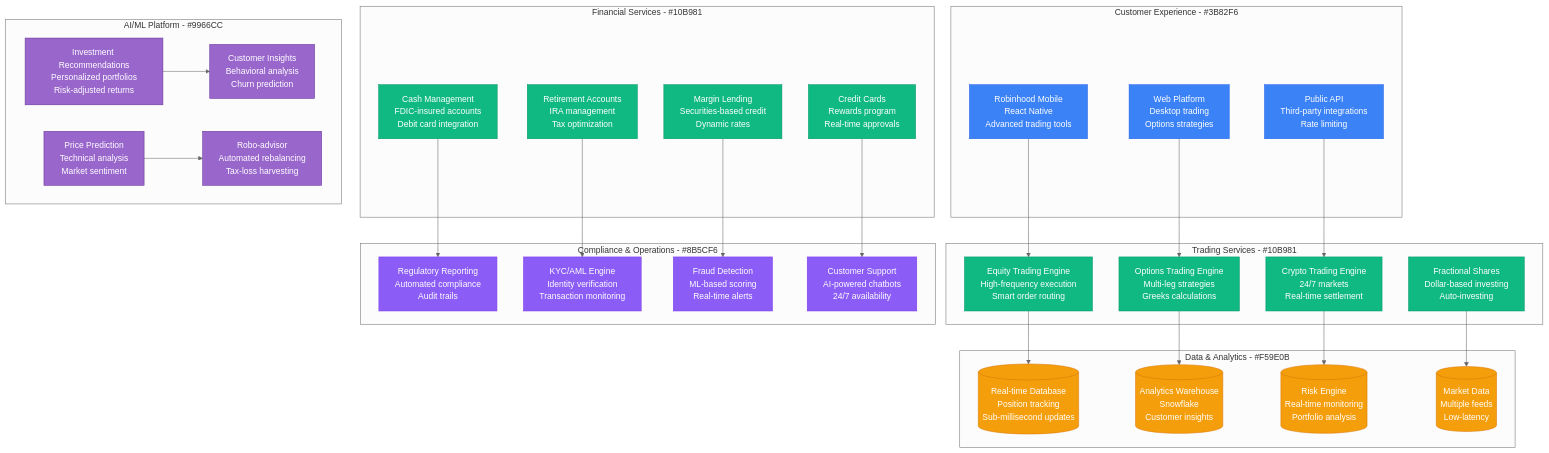
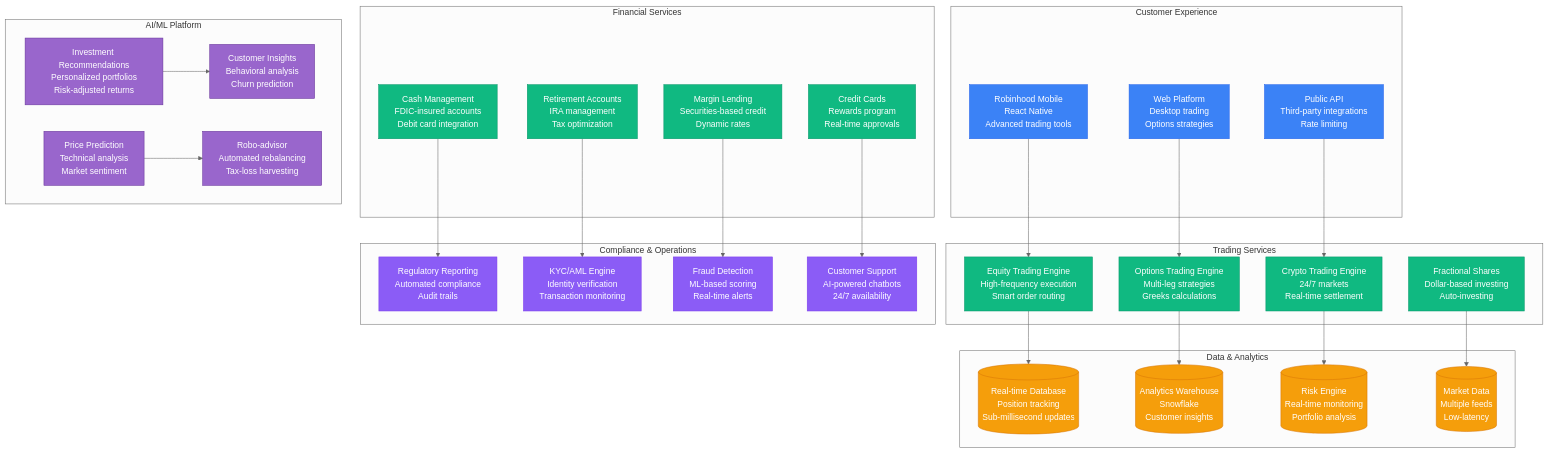
Before and after one commit to deepaucksharma/DS: the fourth of 4 diagrams in site/docs/scaling/robinhood-scale-evolution.md, drawn with Mermaid (neutral theme). The commit also changed other lines of this file and 169 other files, not shown here.

````diff
--- a/site/docs/scaling/robinhood-scale-evolution.md
+++ b/site/docs/scaling/robinhood-scale-evolution.md
@@ -197,72 +197,72 @@
 ```mermaid
 graph TB
-    subgraph CustomerFacing[Customer Experience - #3B82F6]
+    subgraph CustomerFacing["Customer Experience"]
         MOBILE_V2[Robinhood Mobile<br/>React Native<br/>Advanced trading tools]
         WEB_PLATFORM[Web Platform<br/>Desktop trading<br/>Options strategies]
         API_GATEWAY[Public API<br/>Third-party integrations<br/>Rate limiting]
     end
 
-    subgraph TradingServices[Trading Services - #10B981]
+    subgraph TradingServices["Trading Services"]
         EQUITY_ENGINE[Equity Trading Engine<br/>High-frequency execution<br/>Smart order routing]
         OPTIONS_ENGINE[Options Trading Engine<br/>Multi-leg strategies<br/>Greeks calculations]
         CRYPTO_ENGINE[Crypto Trading Engine<br/>24/7 markets<br/>Real-time settlement]
         FRACTIONAL_ENGINE[Fractional Shares<br/>Dollar-based investing<br/>Auto-investing]
     end
 
-    subgraph FinancialServices[Financial Services - #10B981]
+    subgraph FinancialServices["Financial Services"]
         CASH_MGMT[Cash Management<br/>FDIC-insured accounts<br/>Debit card integration]
         RETIREMENT[Retirement Accounts<br/>IRA management<br/>Tax optimization]
         LENDING[Margin Lending<br/>Securities-based credit<br/>Dynamic rates]
         CREDIT_CARDS[Credit Cards<br/>Rewards program<br/>Real-time approvals]
     end
 
-    subgraph DataInfrastructure[Data & Analytics - #F59E0B]
+    subgraph DataInfrastructure["Data & Analytics"]
         REAL_TIME_DB[(Real-time Database<br/>Position tracking<br/>Sub-millisecond updates)]
         ANALYTICS_WAREHOUSE[(Analytics Warehouse<br/>Snowflake<br/>Customer insights)]
         RISK_ENGINE[(Risk Engine<br/>Real-time monitoring<br/>Portfolio analysis)]
         MARKET_DATA[(Market Data<br/>Multiple feeds<br/>Low-latency)]
     end
 
-    subgraph ComplianceOps[Compliance & Operations - #8B5CF6]
+    subgraph ComplianceOps["Compliance & Operations"]
         REGULATORY[Regulatory Reporting<br/>Automated compliance<br/>Audit trails]
         KYC_AML[KYC/AML Engine<br/>Identity verification<br/>Transaction monitoring]
         FRAUD_DETECTION[Fraud Detection<br/>ML-based scoring<br/>Real-time alerts]
         CUSTOMER_SUPPORT[Customer Support<br/>AI-powered chatbots<br/>24/7 availability]
     end
 
-    subgraph AIMLPlatform[AI/ML Platform - #9966CC]
+    subgraph AIMLPlatform["AI/ML Platform"]
         RECOMMENDATION[Investment Recommendations<br/>Personalized portfolios<br/>Risk-adjusted returns]
         PRICE_PREDICTION[Price Prediction<br/>Technical analysis<br/>Market sentiment]
         CUSTOMER_INSIGHTS[Customer Insights<br/>Behavioral analysis<br/>Churn prediction]
         ROBO_ADVISOR[Robo-advisor<br/>Automated rebalancing<br/>Tax-loss harvesting]
     end
 
     MOBILE_V2 --> EQUITY_ENGINE
     WEB_PLATFORM --> OPTIONS_ENGINE
     API_GATEWAY --> CRYPTO_ENGINE
 
     EQUITY_ENGINE --> REAL_TIME_DB
     OPTIONS_ENGINE --> ANALYTICS_WAREHOUSE
     CRYPTO_ENGINE --> RISK_ENGINE
     FRACTIONAL_ENGINE --> MARKET_DATA
 
     CASH_MGMT --> REGULATORY
     RETIREMENT --> KYC_AML
     LENDING --> FRAUD_DETECTION
     CREDIT_CARDS --> CUSTOMER_SUPPORT
 
     RECOMMENDATION --> CUSTOMER_INSIGHTS
     PRICE_PREDICTION --> ROBO_ADVISOR
 
     classDef customerStyle fill:#3B82F6,stroke:#2563EB,color:#fff
     classDef tradingStyle fill:#10B981,stroke:#059669,color:#fff
     classDef dataStyle fill:#F59E0B,stroke:#D97706,color:#fff
     classDef complianceStyle fill:#8B5CF6,stroke:#7C3AED,color:#fff
     classDef aiStyle fill:#9966CC,stroke:#663399,color:#fff
 
     class MOBILE_V2,WEB_PLATFORM,API_GATEWAY customerStyle
     class EQUITY_ENGINE,OPTIONS_ENGINE,CRYPTO_ENGINE,FRACTIONAL_ENGINE,CASH_MGMT,RETIREMENT,LENDING,CREDIT_CARDS tradingStyle
     class REAL_TIME_DB,ANALYTICS_WAREHOUSE,RISK_ENGINE,MARKET_DATA dataStyle
     class REGULATORY,KYC_AML,FRAUD_DETECTION,CUSTOMER_SUPPORT complianceStyle
     class RECOMMENDATION,PRICE_PREDICTION,CUSTOMER_INSIGHTS,ROBO_ADVISOR aiStyle
 ```
````
